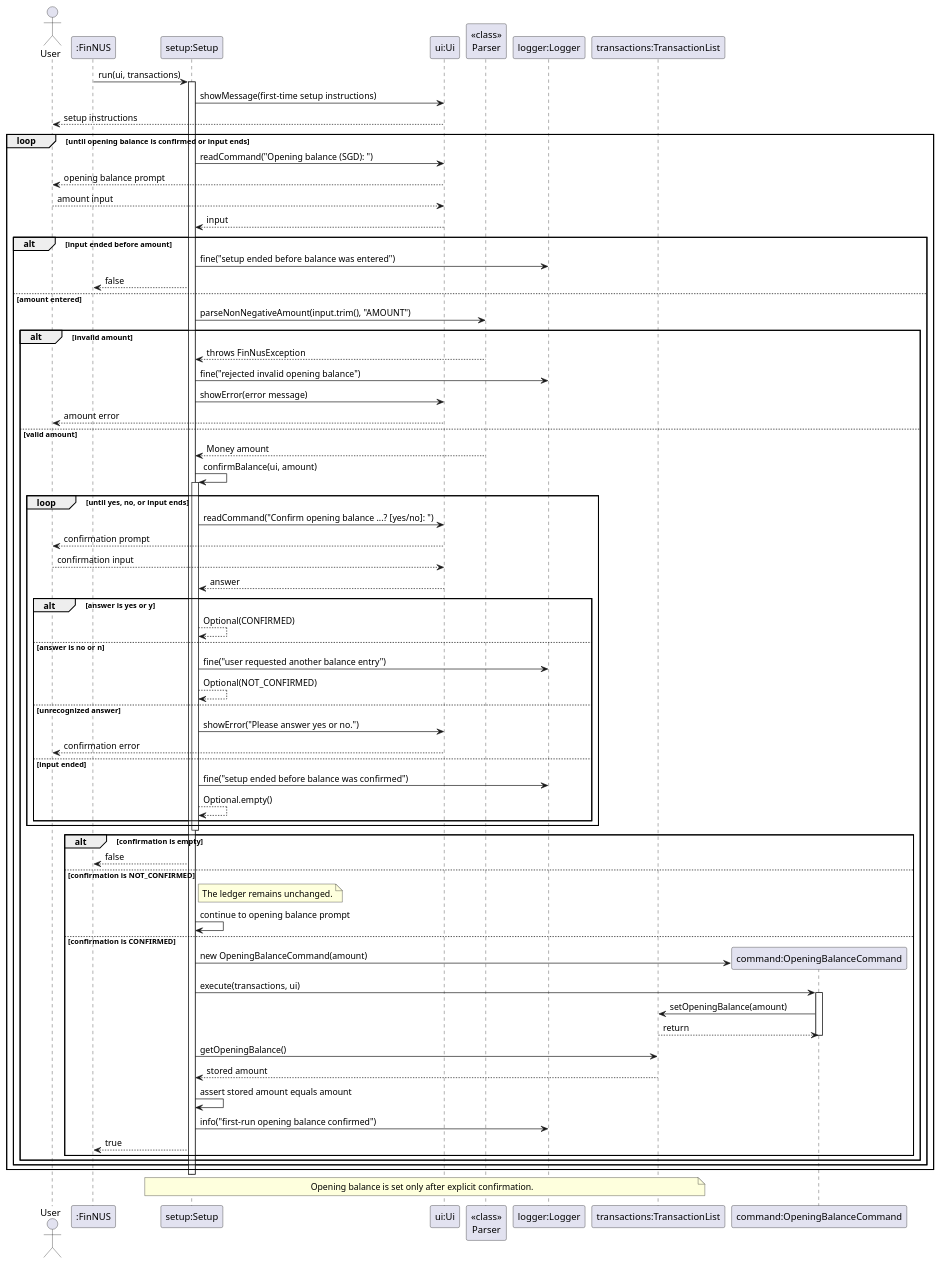
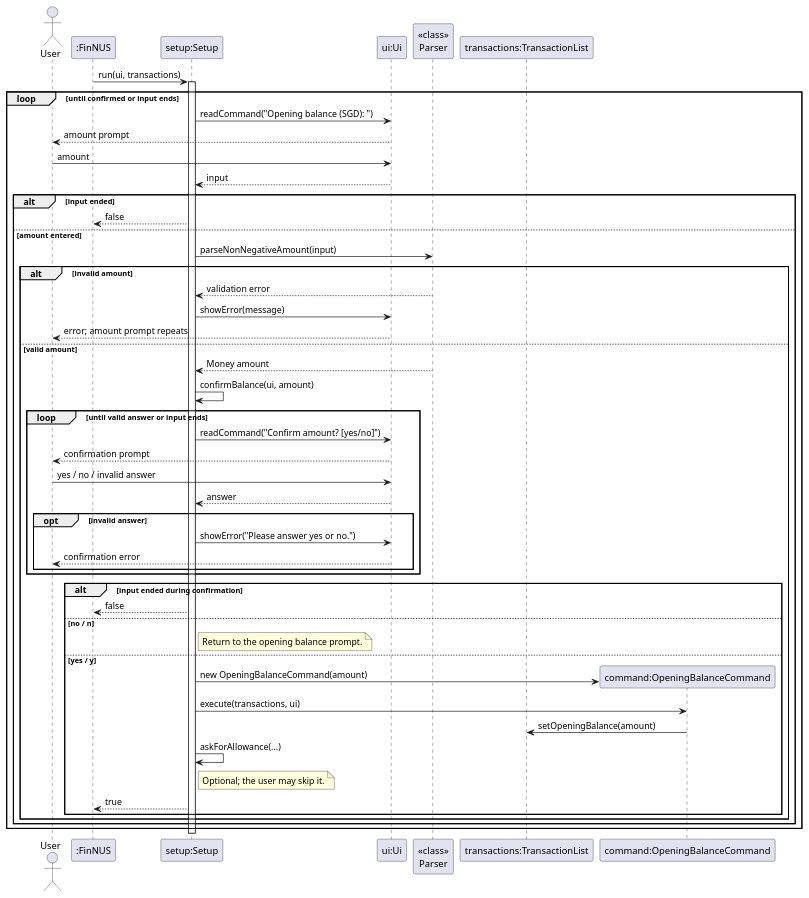
Before and after one commit to AY2627S1-CS2113-W13-2/tp: the diagram in docs/diagrams/SetupSequenceDiagram.puml, drawn with PlantUML. The commit also changed other lines of this file and 22 other files, not shown here.

Commit message:
Simplify SetupSequenceDiagram and add author tagging for lololol8484

```diff
--- a/docs/diagrams/SetupSequenceDiagram.puml
+++ b/docs/diagrams/SetupSequenceDiagram.puml
@@ -1,76 +2,54 @@
 @startuml SetupSequenceDiagram
 actor User
 participant ":FinNUS" as FinNUS
 participant "setup:Setup" as Setup
 participant "ui:Ui" as Ui
 participant "<<class>>\nParser" as Parser
-participant "logger:Logger" as Logger
 participant "transactions:TransactionList" as Ledger
 
 FinNUS -> Setup: run(ui, transactions)
 activate Setup
-Setup -> Ui: showMessage(first-time setup instructions)
-Ui --> User: setup instructions
-loop until opening balance is confirmed or input ends
+loop until confirmed or input ends
     Setup -> Ui: readCommand("Opening balance (SGD): ")
-    Ui --> User: opening balance prompt
-    User --> Ui: amount input
+    Ui --> User: amount prompt
+    User -> Ui: amount
     Ui --> Setup: input
-    alt input ended before amount
-        Setup -> Logger: fine("setup ended before balance was entered")
+    alt input ended
         Setup --> FinNUS: false
     else amount entered
-        Setup -> Parser: parseNonNegativeAmount(input.trim(), "AMOUNT")
+        Setup -> Parser: parseNonNegativeAmount(input)
         alt invalid amount
-            Parser --> Setup: throws FinNusException
-            Setup -> Logger: fine("rejected invalid opening balance")
-            Setup -> Ui: showError(error message)
-            Ui --> User: amount error
+            Parser --> Setup: validation error
+            Setup -> Ui: showError(message)
+            Ui --> User: error; amount prompt repeats
         else valid amount
             Parser --> Setup: Money amount
             Setup -> Setup: confirmBalance(ui, amount)
-            activate Setup
-            loop until yes, no, or input ends
-                Setup -> Ui: readCommand("Confirm opening balance ...? [yes/no]: ")
+            loop until valid answer or input ends
+                Setup -> Ui: readCommand("Confirm amount? [yes/no]")
                 Ui --> User: confirmation prompt
-                User --> Ui: confirmation input
+                User -> Ui: yes / no / invalid answer
                 Ui --> Setup: answer
-                alt answer is yes or y
-                    Setup --> Setup: Optional(CONFIRMED)
-                else answer is no or n
-                    Setup -> Logger: fine("user requested another balance entry")
-                    Setup --> Setup: Optional(NOT_CONFIRMED)
-                else unrecognized answer
+                opt invalid answer
                     Setup -> Ui: showError("Please answer yes or no.")
                     Ui --> User: confirmation error
-                else input ended
-                    Setup -> Logger: fine("setup ended before balance was confirmed")
-                    Setup --> Setup: Optional.empty()
                 end
             end
-            deactivate Setup
-            alt confirmation is empty
+            alt input ended during confirmation
                 Setup --> FinNUS: false
-            else confirmation is NOT_CONFIRMED
-                note right of Setup: The ledger remains unchanged.
-                Setup -> Setup: continue to opening balance prompt
-            else confirmation is CONFIRMED
+            else no / n
+                note right of Setup: Return to the opening balance prompt.
+            else yes / y
                 create "command:OpeningBalanceCommand" as Opening
                 Setup -> Opening: new OpeningBalanceCommand(amount)
                 Setup -> Opening: execute(transactions, ui)
-                activate Opening
                 Opening -> Ledger: setOpeningBalance(amount)
-                Ledger --> Opening: return
-                deactivate Opening
-                Setup -> Ledger: getOpeningBalance()
-                Ledger --> Setup: stored amount
-                Setup -> Setup: assert stored amount equals amount
-                Setup -> Logger: info("first-run opening balance confirmed")
+                Setup -> Setup: askForAllowance(...)
+                note right of Setup: Optional; the user may skip it.
                 Setup --> FinNUS: true
             end
         end
     end
 end
 deactivate Setup
-note over Setup, Ledger: Opening balance is set only after explicit confirmation.
 @enduml
```
